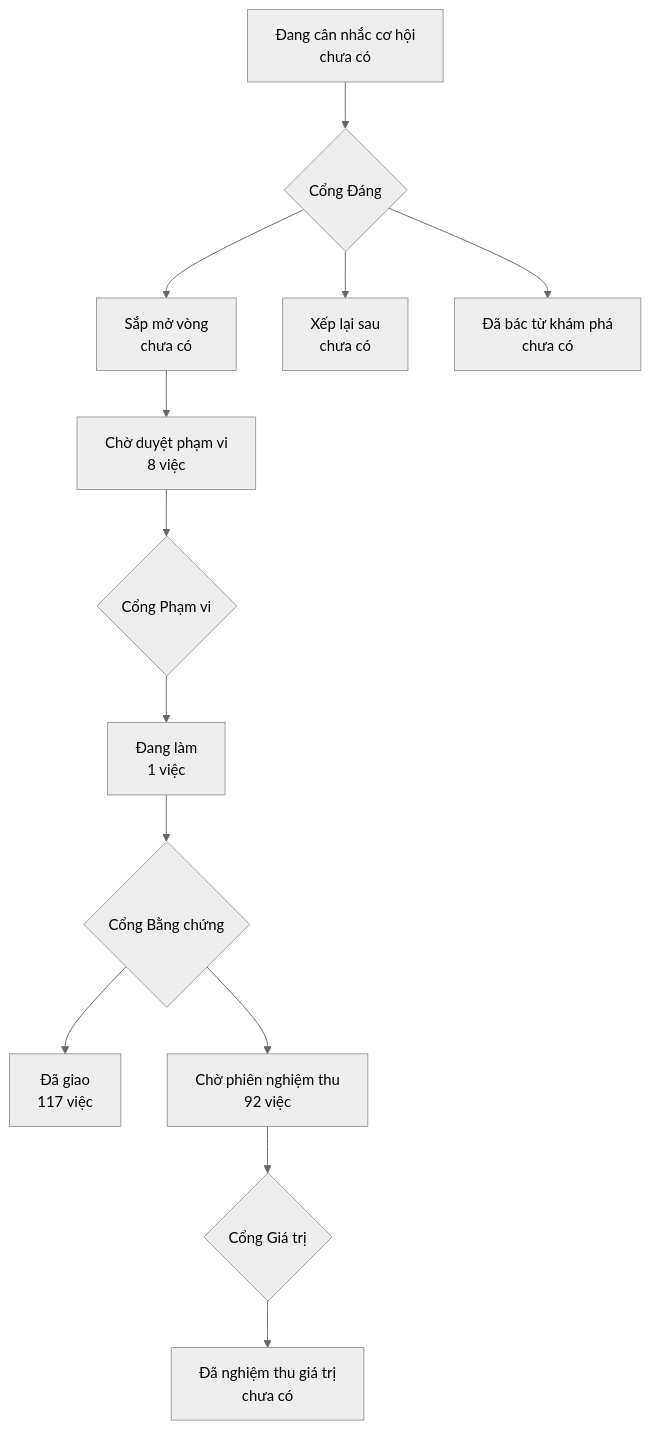
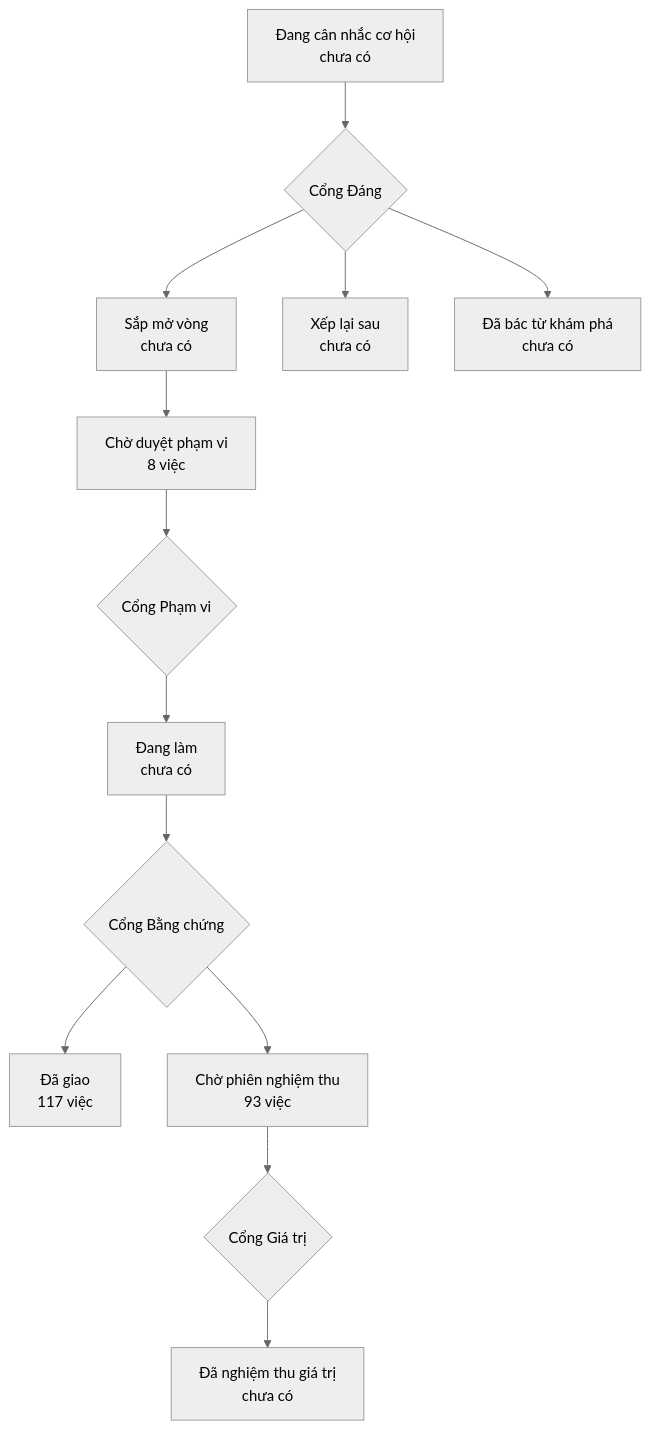
Before and after one commit to phanlemanh/onehub-invest: the diagram in PRODUCT-MAP.md, drawn with Mermaid (neutral theme). The commit also changed other lines of this file and 4 other files, not shown here.

````diff
--- a/PRODUCT-MAP.md
+++ b/PRODUCT-MAP.md
@@ -7,12 +7,12 @@
 ```mermaid
 flowchart TD
   A["Đang cân nhắc cơ hội<br/>chưa có"] --> GD{"Cổng Đáng"}
   GD --> B["Sắp mở vòng<br/>chưa có"]
   GD --> XL["Xếp lại sau<br/>chưa có"]
   GD --> DB["Đã bác từ khám phá<br/>chưa có"]
   B --> CD["Chờ duyệt phạm vi<br/>8 việc"] --> GP{"Cổng Phạm vi"}
-  GP --> DL["Đang làm<br/>1 việc"] --> GB{"Cổng Bằng chứng"}
+  GP --> DL["Đang làm<br/>chưa có"] --> GB{"Cổng Bằng chứng"}
   GB --> DG["Đã giao<br/>117 việc"]
-  GB --> CN["Chờ phiên nghiệm thu<br/>92 việc"] --> GG{"Cổng Giá trị"}
+  GB --> CN["Chờ phiên nghiệm thu<br/>93 việc"] --> GG{"Cổng Giá trị"}
   GG --> NT["Đã nghiệm thu giá trị<br/>chưa có"]
 ```
````
